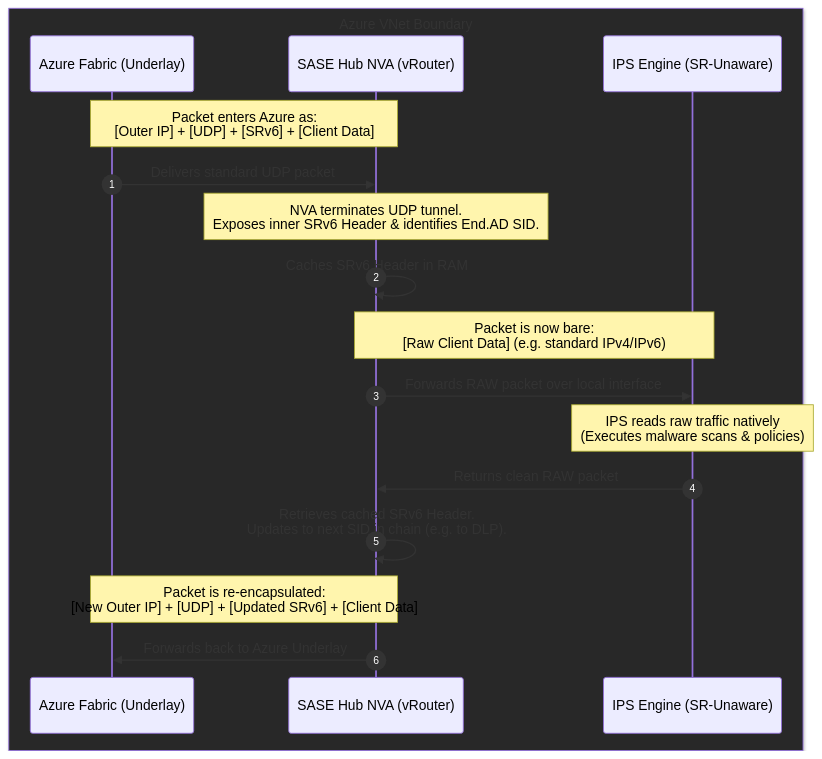
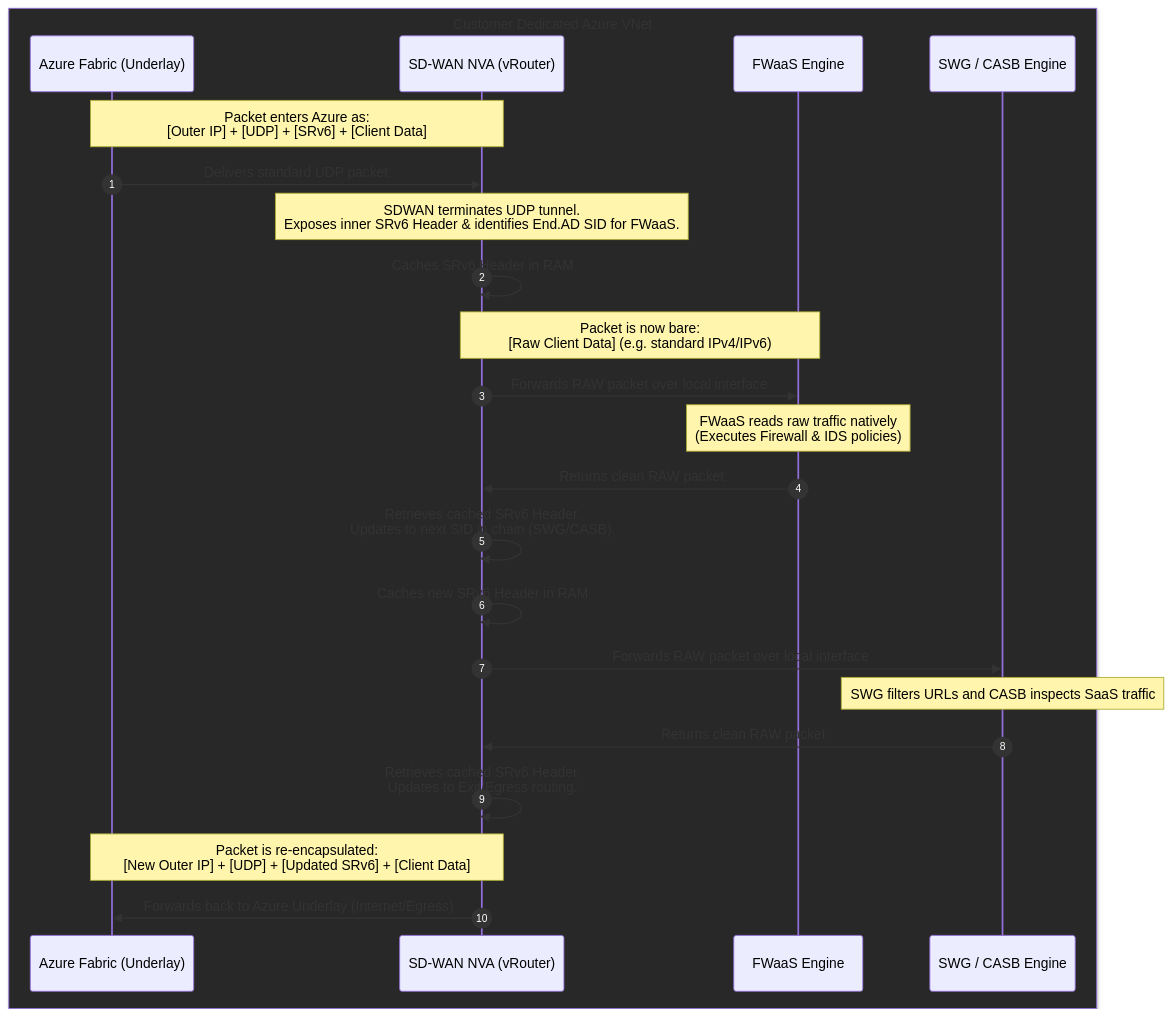
The tenth of 10 diagrams in README.md (roie9876/SASE), drawn with Mermaid before and after one commit. The commit also changed other lines of this file, not shown here.

Commit message:
docs: Update SASE architectural narrative to ISV single-tenant managed service

````diff
--- a/README.md
+++ b/README.md
@@ -751,28 +753,35 @@
 ```mermaid
 sequenceDiagram
     autonumber
     
-    box rgb(40,40,40) Azure VNet Boundary
+    box rgb(40,40,40) Customer Dedicated Azure VNet
         participant AZ as Azure Fabric (Underlay)
-        participant NVA as SASE Hub NVA (vRouter)
-        participant IPS as IPS Engine (SR-Unaware)
+        participant SDWAN as SD-WAN NVA (vRouter)
+        participant FWAAS as FWaaS Engine
+        participant SWG as SWG / CASB Engine
     end
 
-    Note over AZ,NVA: Packet enters Azure as:<br/>[Outer IP] + [UDP] + [SRv6] + [Client Data]
-    AZ->>NVA: Delivers standard UDP packet
+    Note over AZ,SDWAN: Packet enters Azure as:<br/>[Outer IP] + [UDP] + [SRv6] + [Client Data]
+    AZ->>SDWAN: Delivers standard UDP packet
     
-    Note over NVA: NVA terminates UDP tunnel.<br/>Exposes inner SRv6 Header & identifies End.AD SID.
-    NVA->>NVA: Caches SRv6 Header in RAM
+    Note over SDWAN: SDWAN terminates UDP tunnel.<br/>Exposes inner SRv6 Header & identifies End.AD SID for FWaaS.
+    SDWAN->>SDWAN: Caches SRv6 Header in RAM
     
-    Note over NVA,IPS: Packet is now bare:<br/>[Raw Client Data] (e.g. standard IPv4/IPv6)
-    NVA->>IPS: Forwards RAW packet over local interface
+    Note over SDWAN,FWAAS: Packet is now bare:<br/>[Raw Client Data] (e.g. standard IPv4/IPv6)
+    SDWAN->>FWAAS: Forwards RAW packet over local interface
     
-    Note over IPS: IPS reads raw traffic natively<br/>(Executes malware scans & policies)
+    Note over FWAAS: FWaaS reads raw traffic natively<br/>(Executes Firewall & IDS policies)
     
-    IPS->>NVA: Returns clean RAW packet
+    FWAAS->>SDWAN: Returns clean RAW packet
     
-    NVA->>NVA: Retrieves cached SRv6 Header.<br/>Updates to next SID in chain (e.g. to DLP).
+    SDWAN->>SDWAN: Retrieves cached SRv6 Header.<br/>Updates to next SID in chain (SWG/CASB).
+    SDWAN->>SDWAN: Caches new SRv6 Header in RAM
     
-    Note over NVA,AZ: Packet is re-encapsulated:<br/>[New Outer IP] + [UDP] + [Updated SRv6] + [Client Data]
-    NVA->>AZ: Forwards back to Azure Underlay
+    SDWAN->>SWG: Forwards RAW packet over local interface
+    Note over SWG: SWG filters URLs and CASB inspects SaaS traffic
+    SWG->>SDWAN: Returns clean RAW packet
+    
+    SDWAN->>SDWAN: Retrieves cached SRv6 Header.<br/>Updates to Exit/Egress routing.
+    Note over SDWAN,AZ: Packet is re-encapsulated:<br/>[New Outer IP] + [UDP] + [Updated SRv6] + [Client Data]
+    SDWAN->>AZ: Forwards back to Azure Underlay (Internet/Egress)
 ```
````
